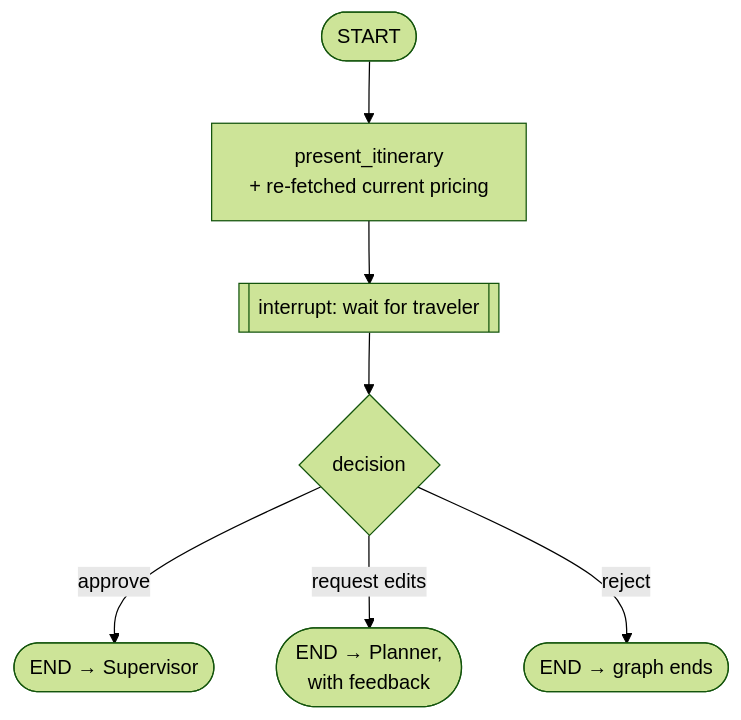
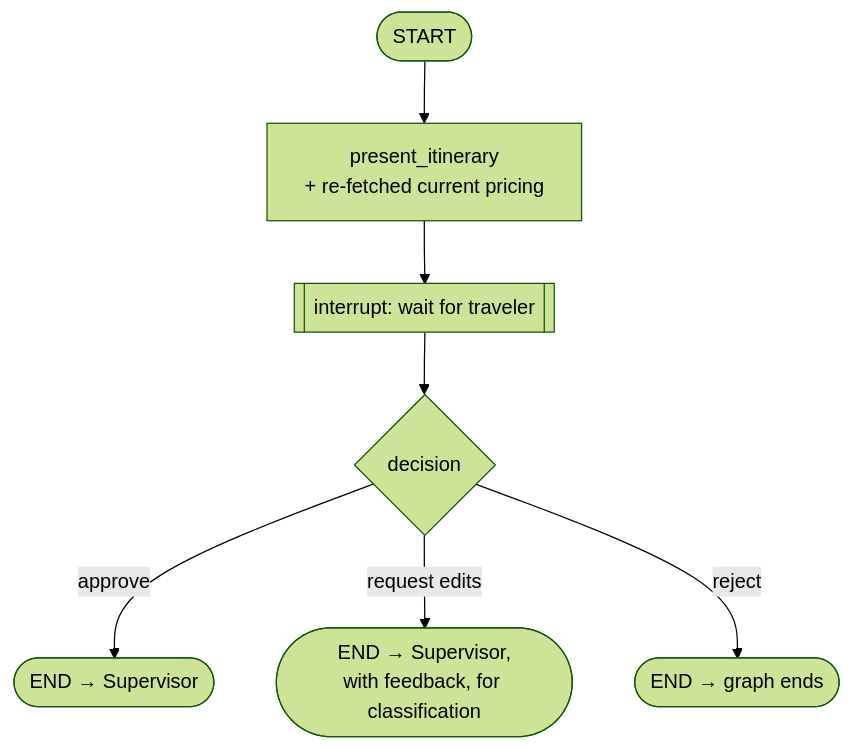
Before and after one commit to Minal18/ai-trip-planner-chatbot: the eighth of 9 diagrams in docs/architecture.md, drawn with Mermaid (forest theme). The commit also changed other lines of this file, not shown here.

Commit message:
Fix HITL edit-feedback routing: goes through Supervisor for classification, not directly to Planner

````diff
--- a/docs/architecture.md
+++ b/docs/architecture.md
@@ -277,9 +310,9 @@
 ```mermaid
 graph TD
     Start([START]) --> Present[present_itinerary<br/>+ re-fetched current pricing]
     Present --> Interrupt[[interrupt: wait for traveler]]
     Interrupt --> Route{decision}
     Route -->|approve| End5([END → Supervisor])
-    Route -->|request edits| End6([END → Planner,<br/>with feedback])
+    Route -->|request edits| End6([END → Supervisor,<br/>with feedback, for classification])
     Route -->|reject| End7([END → graph ends])
 ```
````
